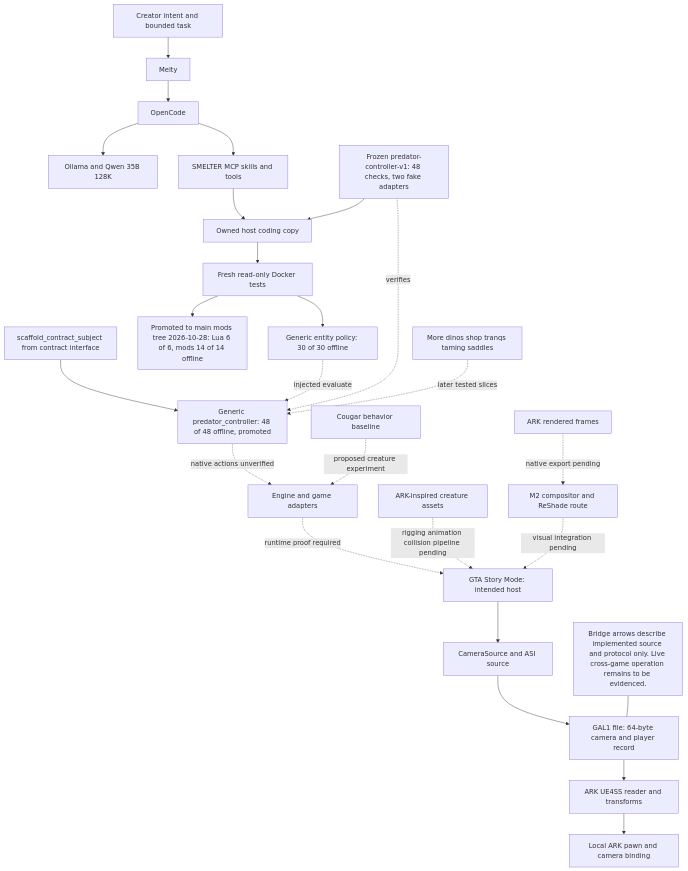
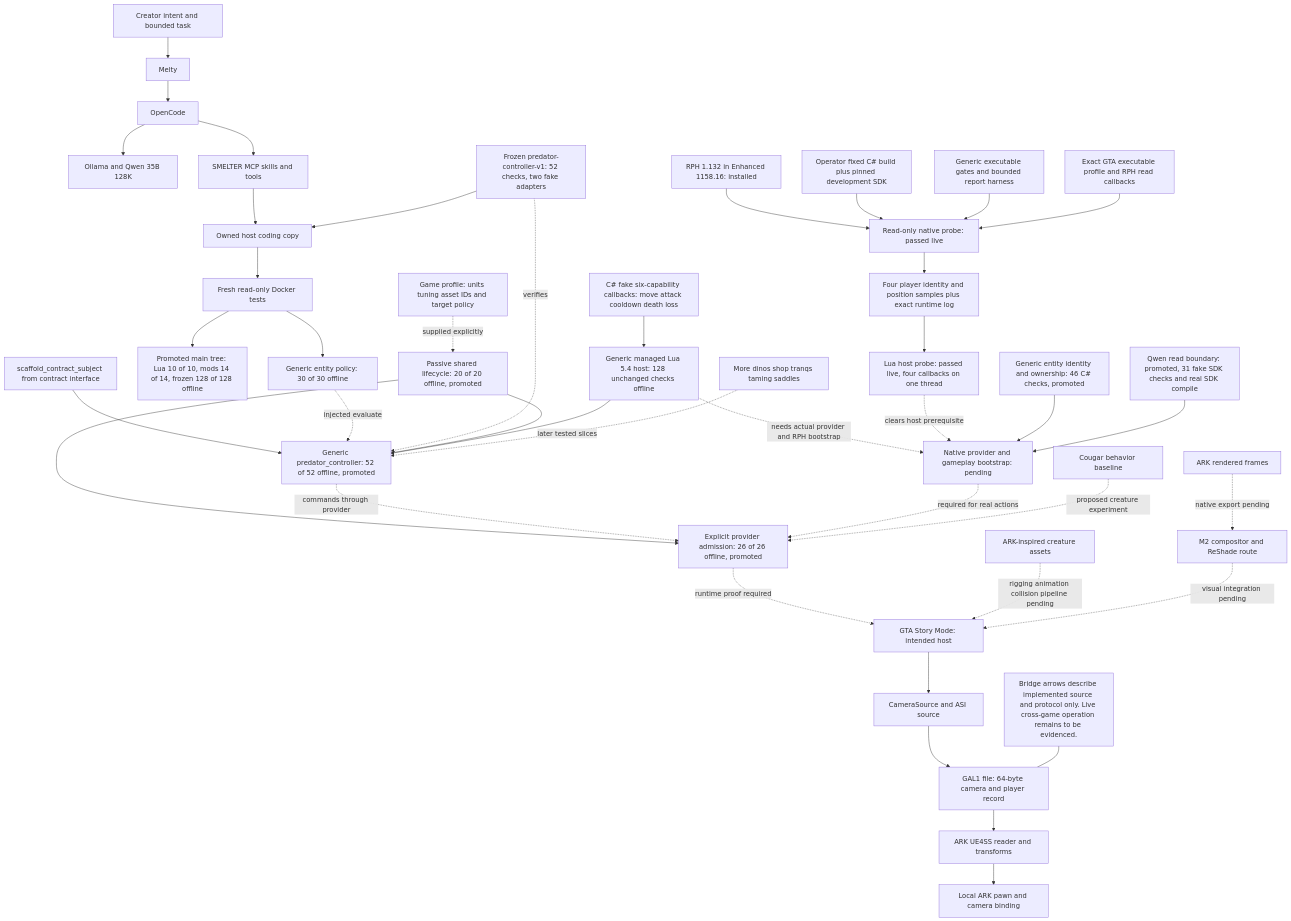
One commit to Dr-Dark92/SMELTER changed the diagram in docs/diagrams/gta-ark-mashup.mmd. Above: the diagram before and after it, drawn with Mermaid. The commit also changed 111 other files, not shown here.

First line of the commit message:
Add verified Lua host and native reader checkpoint

```diff
--- a/docs/diagrams/gta-ark-mashup.mmd
+++ b/docs/diagrams/gta-ark-mashup.mmd
@@ -1,29 +1,45 @@
 flowchart TD
   USER[Creator intent and bounded task] --> MELTY[Melty]
   MELTY --> OC[OpenCode]
   OC --> QWEN[Ollama and Qwen 35B 128K]
   OC --> MCP[SMELTER MCP skills and tools]
   MCP --> COPY[Owned host coding copy]
   COPY --> TEST[Fresh read-only Docker tests]
   TEST --> POLICY[Generic entity policy: 30 of 30 offline]
 
   GTA[GTA Story Mode: intended host] --> ASI[CameraSource and ASI source]
   ASI --> FILE[GAL1 file: 64-byte camera and player record]
   FILE --> READER[ARK UE4SS reader and transforms]
   READER --> VIEW[Local ARK pawn and camera binding]
 
-  TEST --> PROD[Promoted to main mods tree 2026-10-28: Lua 6 of 6, mods 14 of 14 offline]
-  FROZEN[Frozen predator-controller-v1: 48 checks, two fake adapters] --> COPY
+  TEST --> PROD[Promoted main tree: Lua 10 of 10, mods 14 of 14, frozen 128 of 128 offline]
+  FROZEN[Frozen predator-controller-v1: 52 checks, two fake adapters] --> COPY
   SCAFFOLD[scaffold_contract_subject from contract interface] --> CTRL
-  POLICY -. injected evaluate .-> CTRL[Generic predator_controller: 48 of 48 offline, promoted]
+  POLICY -. injected evaluate .-> CTRL[Generic predator_controller: 52 of 52 offline, promoted]
   FROZEN -. verifies .-> CTRL
-  CTRL -. native actions unverified .-> ADAPTER[Engine and game adapters]
+  ENTRY[Passive shared lifecycle: 20 of 20 offline, promoted] --> CTRL
+  ENTRY --> ADAPTER[Explicit provider admission: 26 of 26 offline, promoted]
+  CTRL -. commands through provider .-> ADAPTER
   ADAPTER -. runtime proof required .-> GTA
+  PROFILE[Game profile: units tuning asset IDs and target policy] -. supplied explicitly .-> ENTRY
+  HOST[Native provider and gameplay bootstrap: pending] -. required for real actions .-> ADAPTER
+  LUA54[Generic managed Lua 5.4 host: 128 unchanged checks offline] --> CTRL
+  CSFIXTURE[C# fake six-capability callbacks: move attack cooldown death loss] --> LUA54
+  LUA54 -. needs actual provider and RPH bootstrap .-> HOST
+  RPH[RPH 1.132 in Enhanced 1158.16: installed] --> PROBE[Read-only native probe: passed live]
+  BUILD[Operator fixed C# build plus pinned development SDK] --> PROBE
+  HARNESS[Generic executable gates and bounded report harness] --> PROBE
+  GTA_PROFILE[Exact GTA executable profile and RPH read callbacks] --> PROBE
+  PROBE --> READS[Four player identity and position samples plus exact runtime log]
+  READS --> LUAPROBE[Lua host probe: passed live, four callbacks on one thread]
+  LUAPROBE -. clears host prerequisite .-> HOST
+  REGISTRY[Generic entity identity and ownership: 46 C# checks, promoted] --> HOST
+  NREAD[Qwen read boundary: promoted, 31 fake SDK checks and real SDK compile] --> HOST
   COUGAR[Cougar behavior baseline] -. proposed creature experiment .-> ADAPTER
   ASSETS[ARK-inspired creature assets] -. rigging animation collision pipeline pending .-> GTA
   ARK[ARK rendered frames] -. native export pending .-> COMP[M2 compositor and ReShade route]
   COMP -. visual integration pending .-> GTA
   GAMEPLAY[More dinos shop tranqs taming saddles] -. later tested slices .-> CTRL
 
   NOTE[Bridge arrows describe implemented source and protocol only. Live cross-game operation remains to be evidenced.]
   NOTE --- FILE
```
